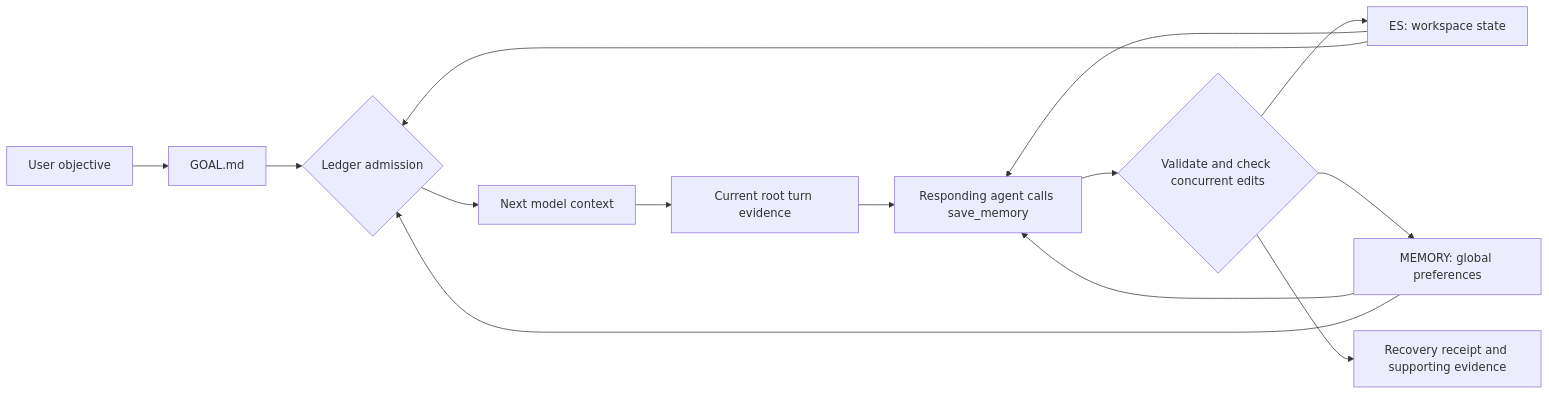
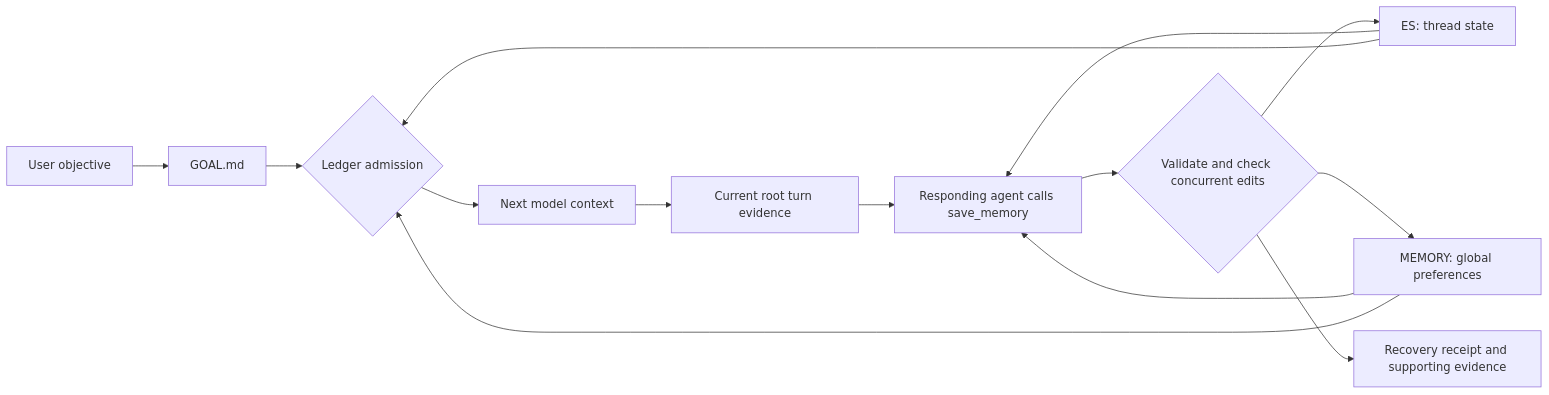
Before and after one commit to MasihMoafi/Elpis: the second of 2 diagrams in docs/context.md, drawn with Mermaid. The commit also changed other lines of this file and 23 other files, not shown here.

````diff
--- a/docs/context.md
+++ b/docs/context.md
@@ -143,16 +143,16 @@
 ```mermaid
 flowchart LR
     U[User objective] --> G[GOAL.md]
     H[Current root turn evidence] --> S[Responding agent calls save_memory]
-    E[ES: workspace state] --> S
+    E[ES: thread state] --> S
     M[MEMORY: global preferences] --> S
     S --> V{Validate and check concurrent edits}
     V --> E
     V --> M
     V --> R[Recovery receipt and supporting evidence]
     G --> A{Ledger admission}
     E --> A
     M --> A
     A --> C[Next model context]
     C --> H
 ```
````
